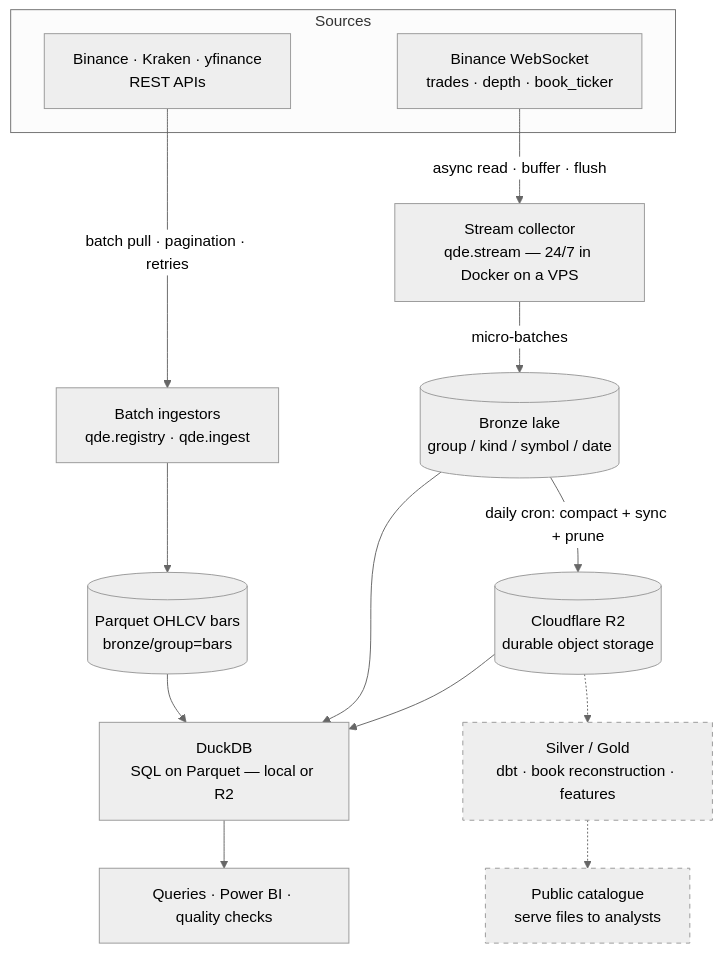
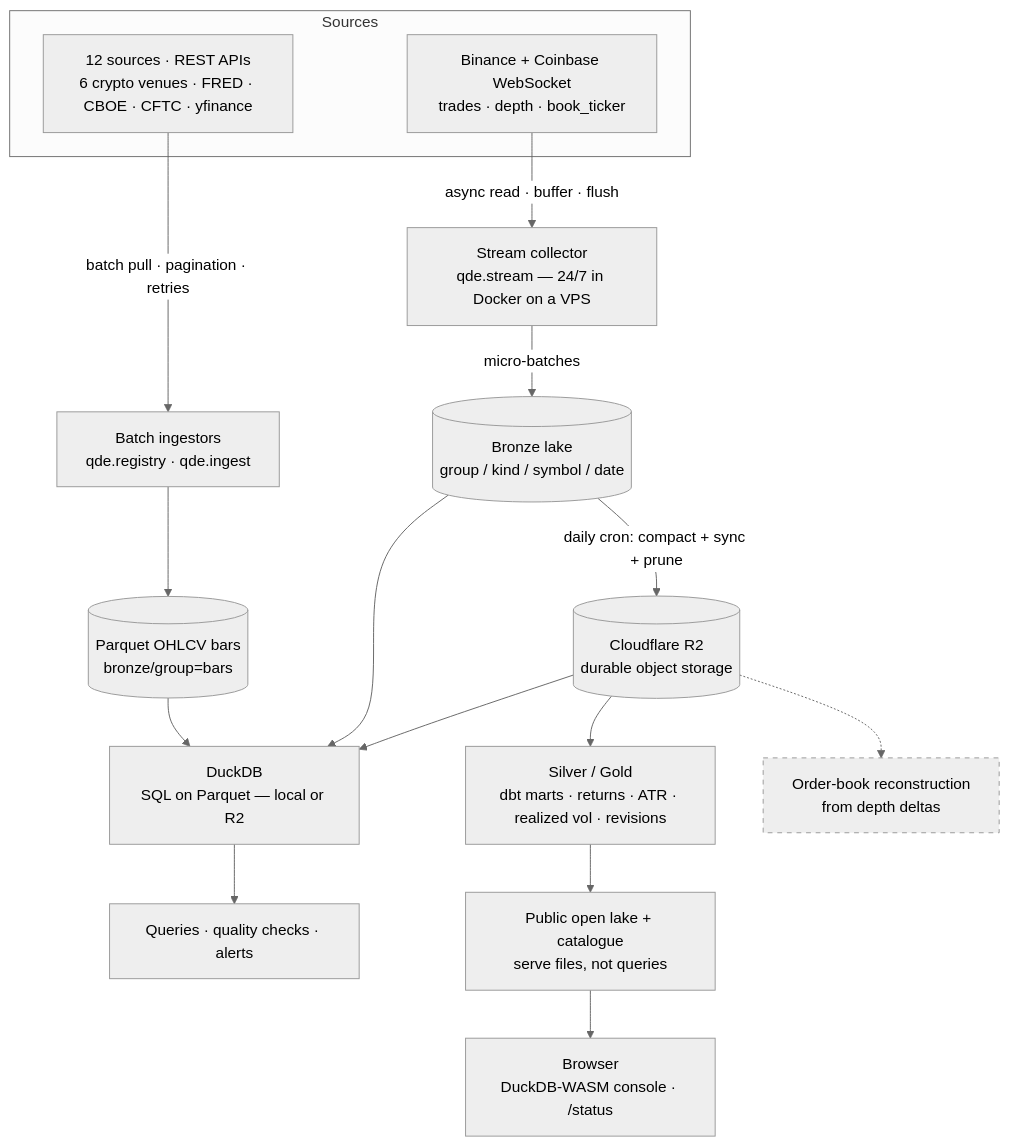
One commit to s02minu/quant-data-engine changed the diagram in README.md. Above: the diagram before and after it, drawn with Mermaid (neutral theme). The commit also changed other lines of this file and 4 other files, not shown here.

````diff
--- a/README.md
+++ b/README.md
@@ -14,26 +21,29 @@
 ```mermaid
 flowchart TD
     subgraph SRC["Sources"]
-      REST["Binance · Kraken · yfinance<br/>REST APIs"]
-      WS["Binance WebSocket<br/>trades · depth · book_ticker"]
+      REST["12 sources · REST APIs<br/>6 crypto venues · FRED · CBOE · CFTC · yfinance"]
+      WS["Binance + Coinbase WebSocket<br/>trades · depth · book_ticker"]
     end
 
     REST -->|"batch pull · pagination · retries"| BL["Batch ingestors<br/>qde.registry · qde.ingest"]
     WS -->|"async read · buffer · flush"| SC["Stream collector<br/>qde.stream — 24/7 in Docker on a VPS"]
 
     BL --> BARS[("Parquet OHLCV bars<br/>bronze/group=bars")]
     SC -->|"micro-batches"| BRONZE[("Bronze lake<br/>group / kind / symbol / date")]
 
     BRONZE -->|"daily cron: compact + sync + prune"| R2[("Cloudflare R2<br/>durable object storage")]
 
     BARS --> DUCK["DuckDB<br/>SQL on Parquet — local or R2"]
     BRONZE --> DUCK
     R2 --> DUCK
-    DUCK --> OUT["Queries · Power BI · quality checks"]
+    DUCK --> OUT["Queries · quality checks · alerts"]
 
-    R2 -.-> SILVER["Silver / Gold<br/>dbt · book reconstruction · features"]
-    SILVER -.-> PUB["Public catalogue<br/>serve files to analysts"]
+    R2 --> SILVER["Silver / Gold<br/>dbt marts · returns · ATR · realized vol · revisions"]
+    SILVER --> PUB["Public open lake + catalogue<br/>serve files, not queries"]
+    PUB --> WEB["Browser<br/>DuckDB-WASM console · /status"]
+
+    R2 -.-> BOOK["Order-book reconstruction<br/>from depth deltas"]
 
     classDef planned stroke-dasharray:5 5;
-    class SILVER,PUB planned;
+    class BOOK planned;
 ```
````
